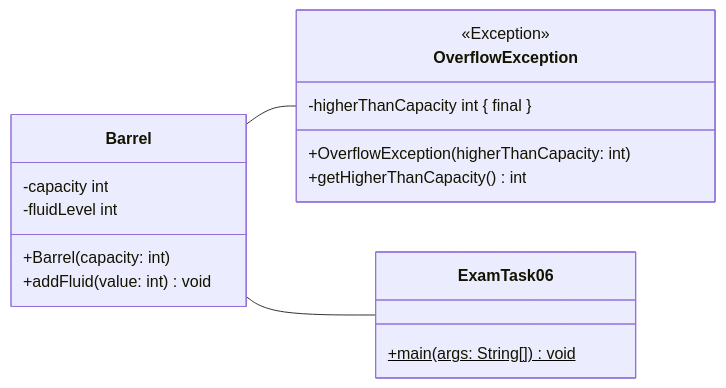
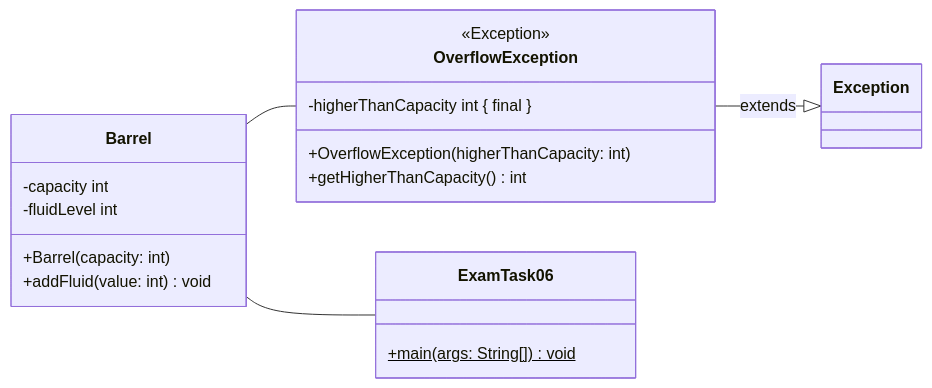
One commit to jappuccini/java-docs changed the fourth of 6 diagrams in docs/additional-material/steffen/java-1/exam-preparation/2023.mdx. Above: the diagram before and after it, drawn with Mermaid. The commit also changed other lines of this file and 1 other file, not shown here.

Commit message:
fix class diagrams for java 1 exam preparations

````diff
--- a/docs/additional-material/steffen/java-1/exam-preparation/2023.mdx
+++ b/docs/additional-material/steffen/java-1/exam-preparation/2023.mdx
@@ -230,25 +230,30 @@
 ```mermaid
 classDiagram
   direction LR
 
   Barrel -- OverflowException
   Barrel -- ExamTask06
+  OverflowException --|> Exception : extends
 
   class Barrel {
     -capacity int
     -fluidLevel int
     +Barrel(capacity: int)
     +addFluid(value: int) void
   }
 
   class OverflowException {
     <<Exception>>
     -higherThanCapacity int &lcub; final &rcub;
     +OverflowException(higherThanCapacity: int)
     +getHigherThanCapacity() int
   }
 
   class ExamTask06 {
     +main(args: String[])$ void
   }
+
+  class Exception {
+
+  }
 ```
````
